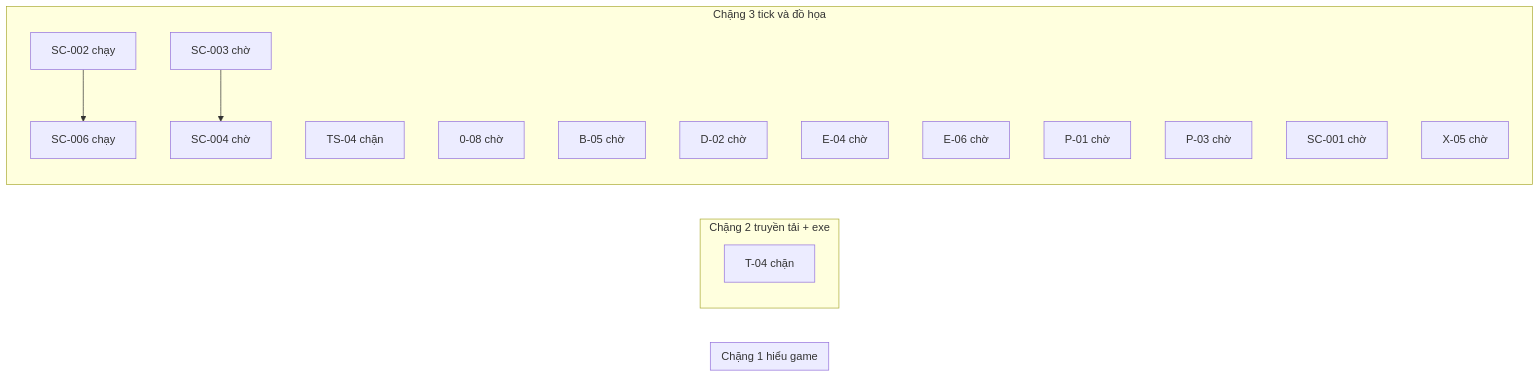
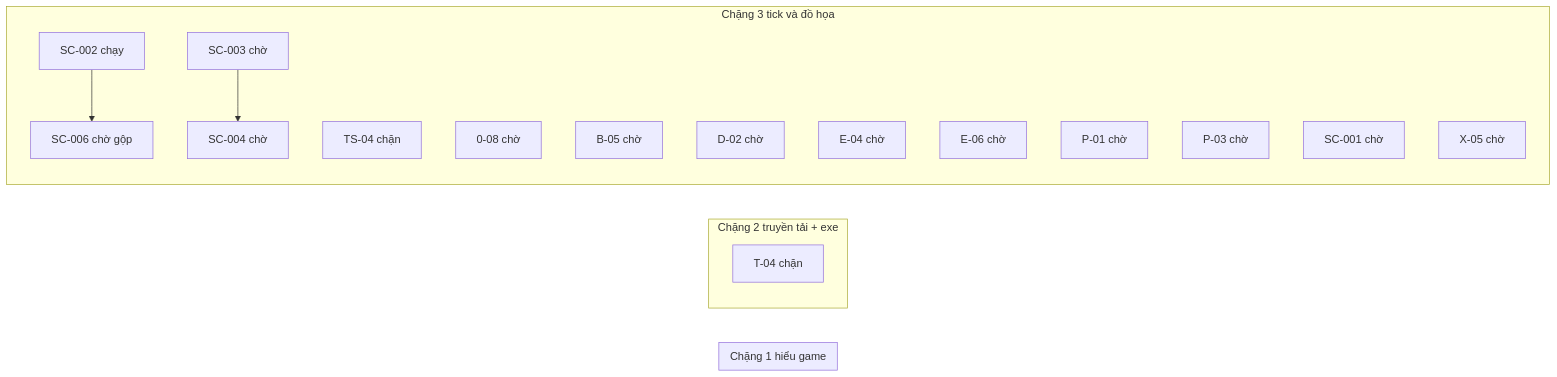
Before and after one commit to ndtangoss-dev/jx1-reports: the diagram in JX1_OPS/STATE/TIEN-DO.md, drawn with Mermaid. The commit also changed other lines of this file and 4 other files, not shown here.

````diff
--- a/JX1_OPS/STATE/TIEN-DO.md
+++ b/JX1_OPS/STATE/TIEN-DO.md
@@ -9,26 +9,26 @@
 ```mermaid
 flowchart LR
   subgraph S1["Chặng 1 hiểu game"]
   end
   subgraph S2["Chặng 2 truyền tải + exe"]
     T_04["T-04 chặn"]
   end
   subgraph S3["Chặng 3 tick và đồ họa"]
     SC_002["SC-002 chạy"]
-    SC_006["SC-006 chạy"]
+    SC_006["SC-006 chờ gộp"]
     TS_04["TS-04 chặn"]
     0_08["0-08 chờ"]
     B_05["B-05 chờ"]
     D_02["D-02 chờ"]
     E_04["E-04 chờ"]
     E_06["E-06 chờ"]
     P_01["P-01 chờ"]
     P_03["P-03 chờ"]
     SC_001["SC-001 chờ"]
     SC_003["SC-003 chờ"]
     SC_004["SC-004 chờ"]
     X_05["X-05 chờ"]
   end
   SC_002 --> SC_006
   SC_003 --> SC_004
 ```
````
